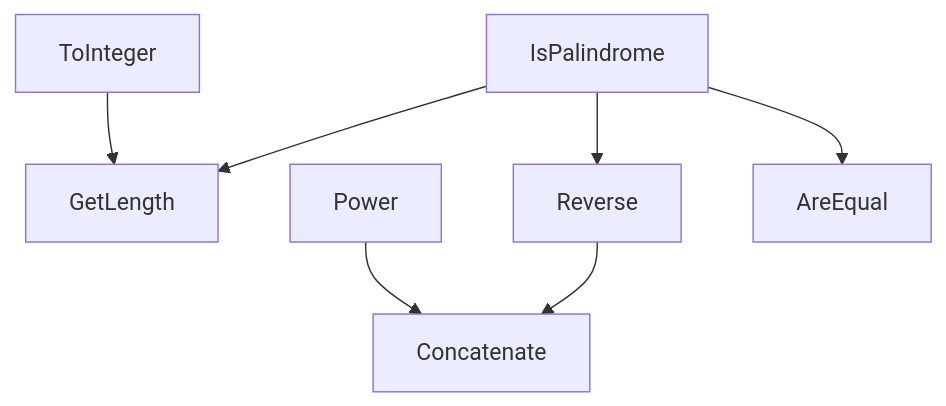
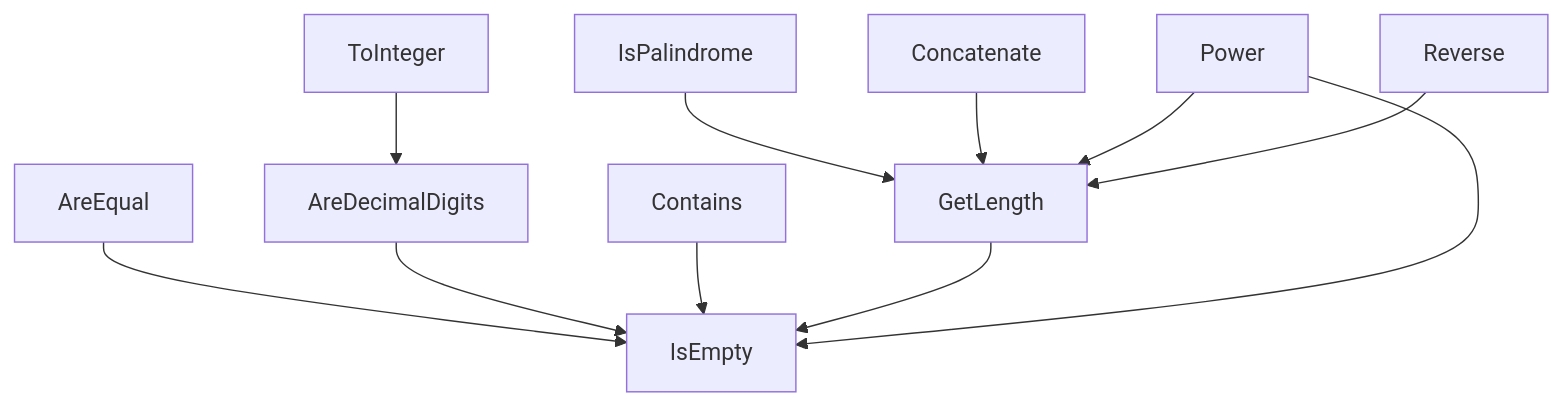
One commit to acoaquiraticona/SSLALE23 changed the diagram in 01-Strings/Strings.md. Above: the diagram before and after it, drawn with Mermaid. The commit also changed other lines of this file and 12 other files, not shown here.

````diff
--- a/01-Strings/Strings.md
+++ b/01-Strings/Strings.md
@@ -52,11 +52,29 @@
 ```mermaid
-flowchart TD
-  ToInteger --> GetLength
-  IsPalindrome --> GetLength
+  flowchart TB
 
-  Power --> Concatenate
-  Reverse --> Concatenate
+    IsEmpty
 
-  IsPalindrome  --> Reverse
-  IsPalindrome  --> AreEqual
+    AreEqual
+    AreDecimalDigits
+    Contains
+    GetLength
+
+    ToInteger
+    IsPalindrome
+    Concatenate
+    Power
+    Reverse
+
+    AreEqual --> IsEmpty
+    AreDecimalDigits --> IsEmpty
+    Contains --> IsEmpty
+    GetLength --> IsEmpty
+
+    ToInteger --> AreDecimalDigits
+
+    IsPalindrome --> GetLength
+    Concatenate --> GetLength
+    Power --> GetLength
+    Power --> IsEmpty
+    Reverse --> GetLength
 ```
````
